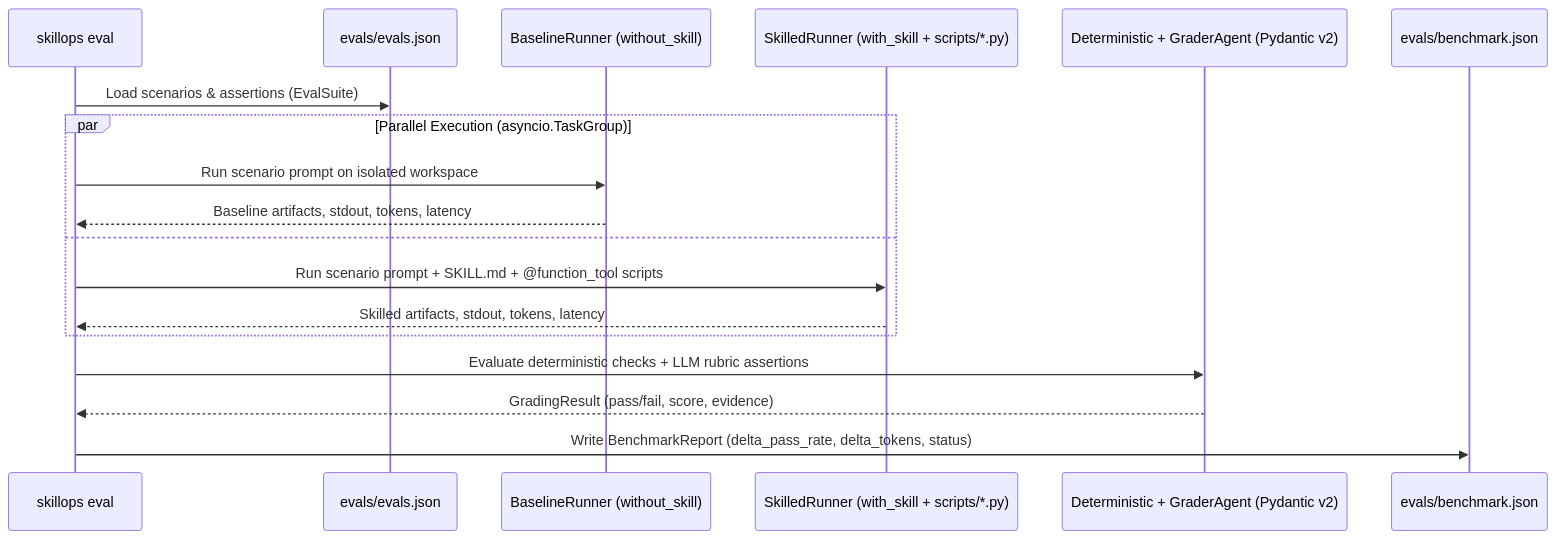
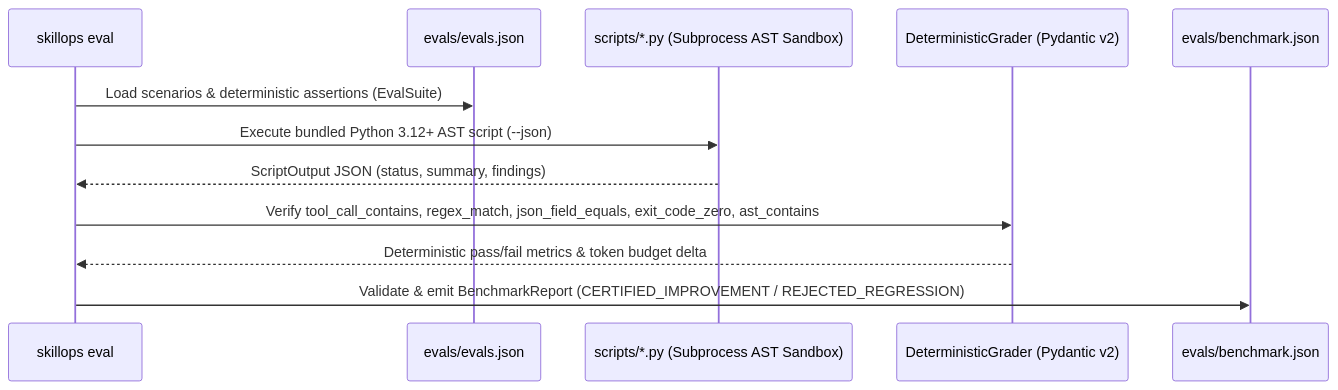
Before and after one commit to OdevMatheus/SkillOps: the diagram in docs/architecture/adr/0004-tdd-skill-evaluation-engine-openai-agents-sdk.md, drawn with Mermaid. The commit also changed other lines of this file and 15 other files, not shown here.

First line of the commit message:
refactor(core): remove all external LLM and HTTP API dependencies (100% Zero-API)

````diff
--- a/docs/architecture/adr/0004-tdd-skill-evaluation-engine-openai-agents-sdk.md
+++ b/docs/architecture/adr/0004-tdd-skill-evaluation-engine-openai-agents-sdk.md
@@ -47,21 +43,15 @@
 ```mermaid
 sequenceDiagram
     participant CLI as skillops eval
     participant Suite as evals/evals.json
-    participant Base as BaselineRunner (without_skill)
-    participant Skilled as SkilledRunner (with_skill + scripts/*.py)
-    participant Grader as Deterministic + GraderAgent (Pydantic v2)
+    participant Script as scripts/*.py (Subprocess AST Sandbox)
+    participant Grader as DeterministicGrader (Pydantic v2)
     participant Bench as evals/benchmark.json
 
-    CLI->>Suite: Load scenarios & assertions (EvalSuite)
-    par Parallel Execution (asyncio.TaskGroup)
-        CLI->>Base: Run scenario prompt on isolated workspace
-        Base-->>CLI: Baseline artifacts, stdout, tokens, latency
-    and
-        CLI->>Skilled: Run scenario prompt + SKILL.md + @function_tool scripts
-        Skilled-->>CLI: Skilled artifacts, stdout, tokens, latency
-    end
-    CLI->>Grader: Evaluate deterministic checks + LLM rubric assertions
-    Grader-->>CLI: GradingResult (pass/fail, score, evidence)
-    CLI->>Bench: Write BenchmarkReport (delta_pass_rate, delta_tokens, status)
+    CLI->>Suite: Load scenarios & deterministic assertions (EvalSuite)
+    CLI->>Script: Execute bundled Python 3.12+ AST script (--json)
+    Script-->>CLI: ScriptOutput JSON (status, summary, findings)
+    CLI->>Grader: Verify tool_call_contains, regex_match, json_field_equals, exit_code_zero, ast_contains
+    Grader-->>CLI: Deterministic pass/fail metrics & token budget delta
+    CLI->>Bench: Validate & emit BenchmarkReport (CERTIFIED_IMPROVEMENT / REJECTED_REGRESSION)
 ```
````
